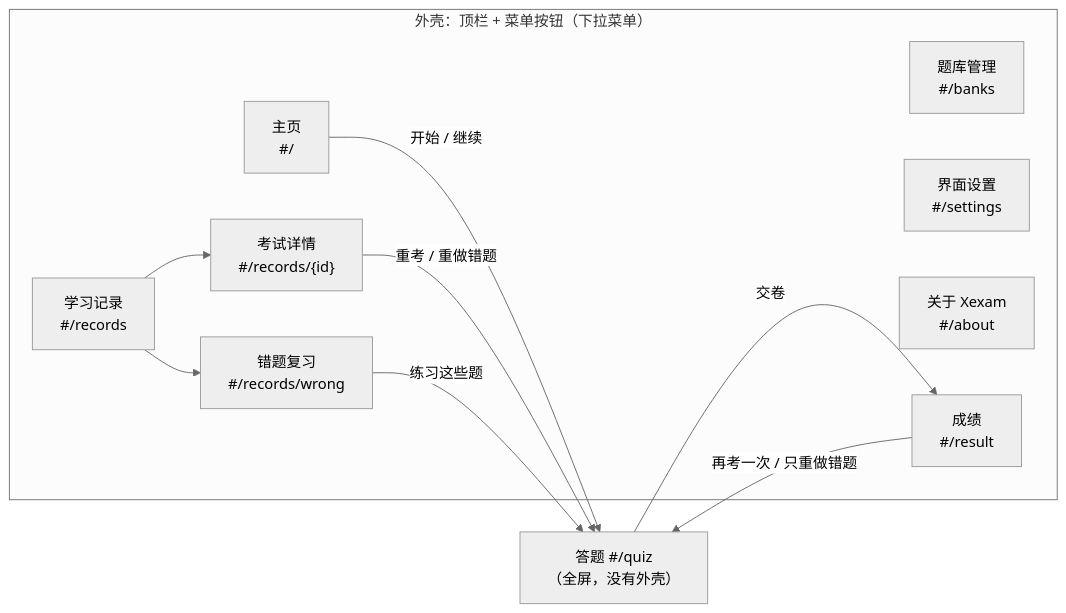
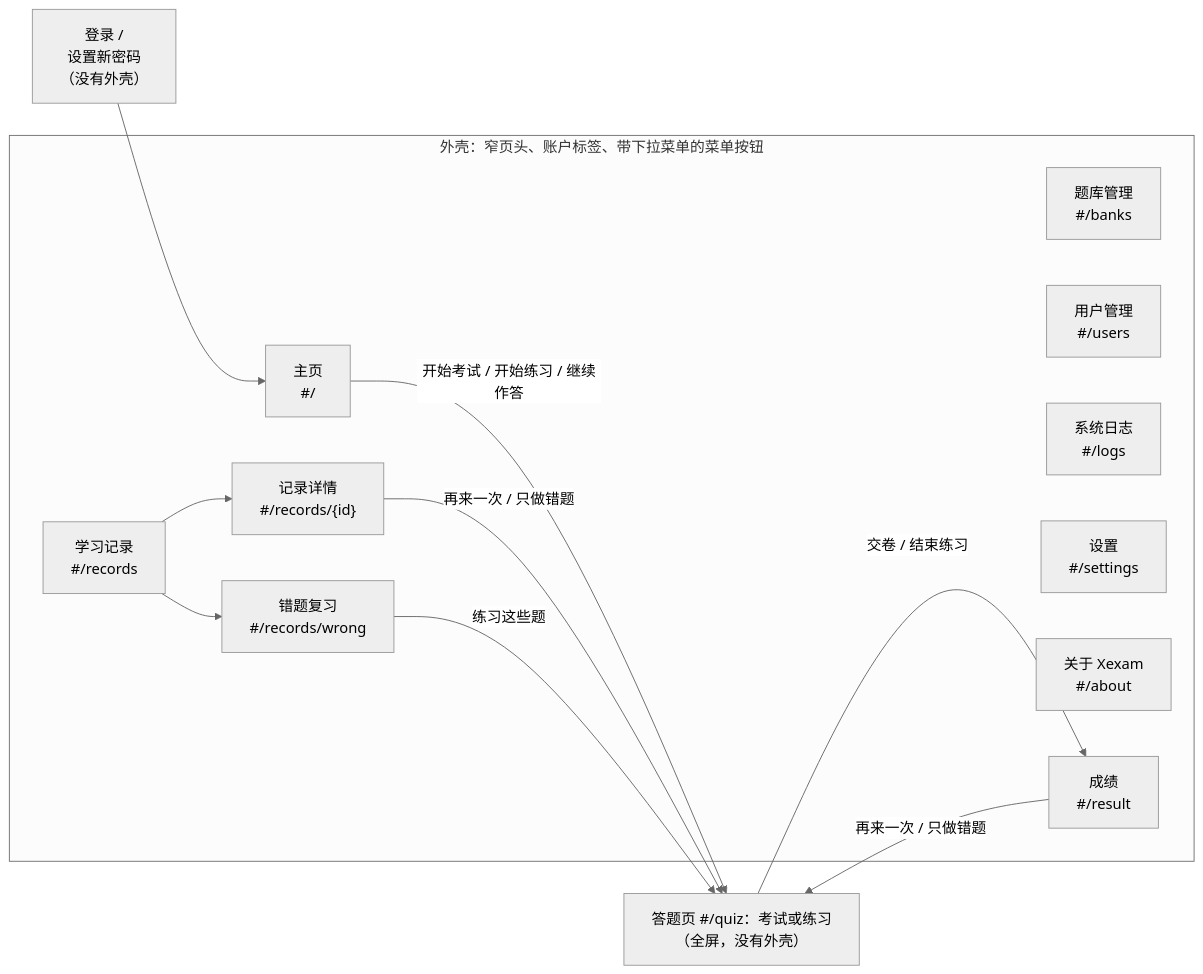
One commit to Yumin-Space/xexam changed the third of 5 diagrams in docs/zh-CN/architecture.md. Above: the diagram before and after it, drawn with Mermaid (neutral theme). The commit also changed other lines of this file and 295 other files, not shown here.

````diff
--- a/docs/zh-CN/architecture.md
+++ b/docs/zh-CN/architecture.md
@@ -136,21 +190,24 @@
 ```mermaid
 flowchart LR
-    subgraph shell["外壳：顶栏 + 菜单按钮（下拉菜单）"]
+    SI["登录 /<br/>设置新密码<br/>（没有外壳）"] --> H
+    subgraph shell["外壳：窄页头、账户标签、带下拉菜单的菜单按钮"]
         H["主页<br/>#/"]
         B["题库管理<br/>#/banks"]
         R["学习记录<br/>#/records"]
-        S["界面设置<br/>#/settings"]
-        A["关于 Xexam<br/>#/about"]
-        D["考试详情<br/>#/records/{id}"]
+        US["用户管理<br/>#/users"]
+        LG["系统日志<br/>#/logs"]
+        S["设置<br/>#/settings"]
+        AB["关于 Xexam<br/>#/about"]
+        D["记录详情<br/>#/records/{id}"]
         W["错题复习<br/>#/records/wrong"]
         RS["成绩<br/>#/result"]
     end
-    Q["答题 #/quiz<br/>（全屏，没有外壳）"]
+    Q["答题页 #/quiz：考试或练习<br/>（全屏，没有外壳）"]
     R --> D
     R --> W
-    H -->|"开始 / 继续"| Q
-    Q -->|"交卷"| RS
-    RS -->|"再考一次 / 只重做错题"| Q
-    D -->|"重考 / 重做错题"| Q
+    H -->|"开始考试 / 开始练习 / 继续作答"| Q
+    Q -->|"交卷 / 结束练习"| RS
+    RS -->|"再来一次 / 只做错题"| Q
+    D -->|"再来一次 / 只做错题"| Q
     W -->|"练习这些题"| Q
 ```
````
